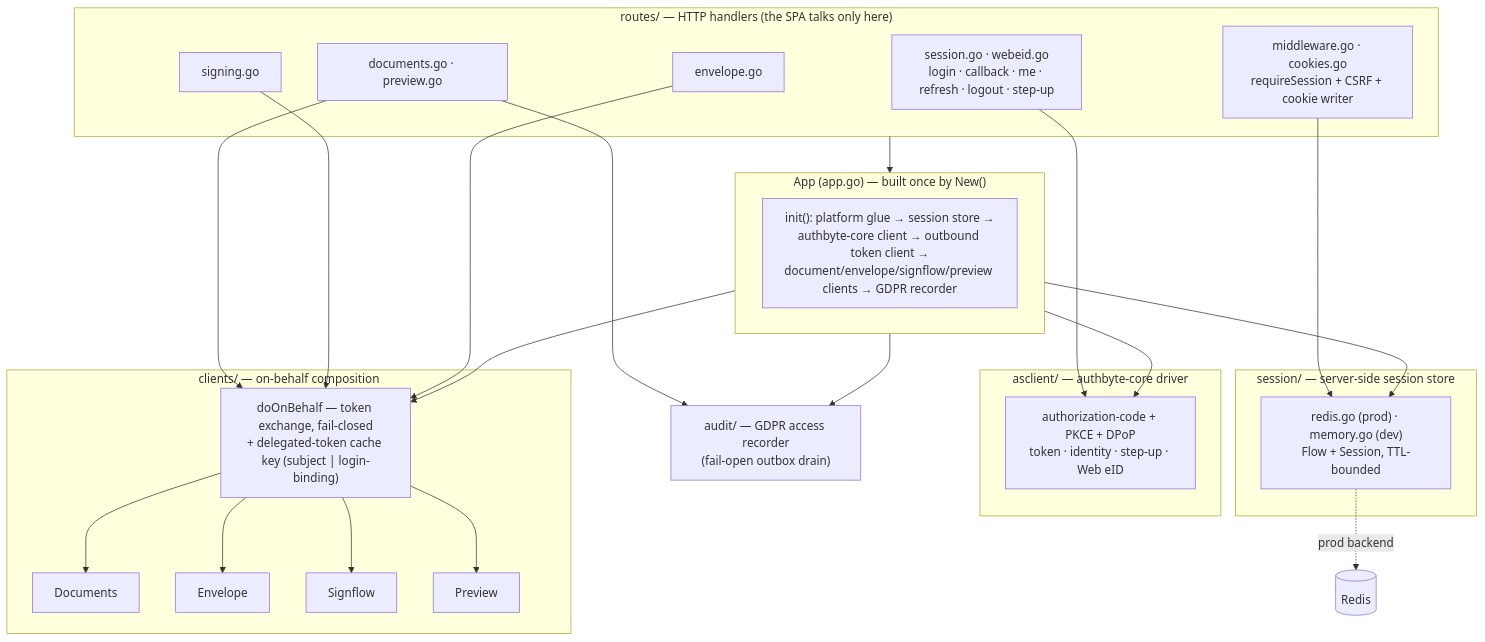
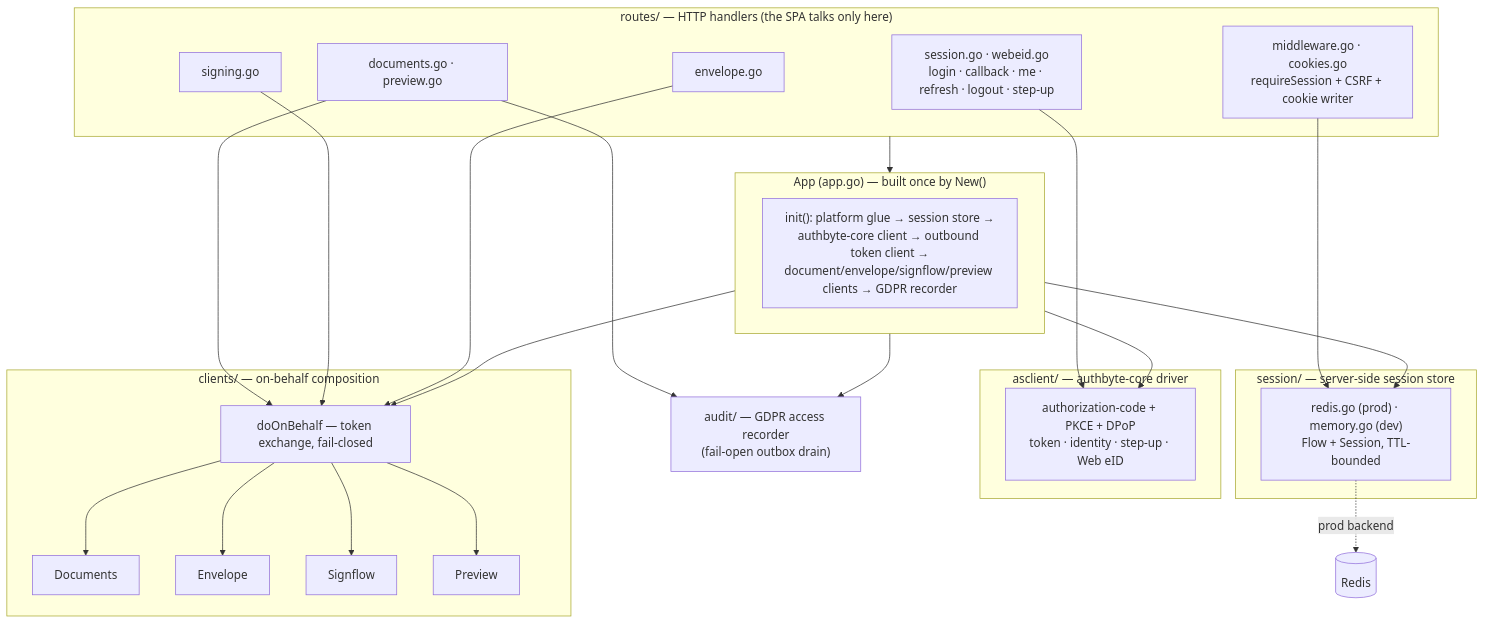
Before and after one commit to signbyte/signbyte-bff: the second of 3 diagrams in README.md, drawn with Mermaid. The commit also changed other lines of this file and 9 other files, not shown here.

Commit message:
Update dependencies and remove the local token cache key

````diff
--- a/README.md
+++ b/README.md
@@ -109,39 +109,39 @@
 ```mermaid
 flowchart TB
     subgraph App["App (app.go) — built once by New()"]
         Init["init(): platform glue → session store →<br/>authbyte-core client → outbound token client →<br/>document/envelope/signflow/preview clients → GDPR recorder"]
     end
 
     subgraph Routes["routes/ — HTTP handlers (the SPA talks only here)"]
         SESS["session.go · webeid.go<br/>login · callback · me · refresh · logout · step-up"]
         DOCS["documents.go · preview.go"]
         SIGN["signing.go"]
         ENVL["envelope.go"]
         MW["middleware.go · cookies.go<br/>requireSession + CSRF + cookie writer"]
     end
 
     subgraph Session["session/ — server-side session store"]
         REDIS["redis.go (prod) · memory.go (dev)<br/>Flow + Session, TTL-bounded"]
     end
 
     subgraph AS["asclient/ — authbyte-core driver"]
         DPOP["authorization-code + PKCE + DPoP<br/>token · identity · step-up · Web eID"]
     end
 
     subgraph Clients["clients/ — on-behalf composition"]
-        OBO["doOnBehalf — token exchange, fail-closed<br/>+ delegated-token cache key (subject | login-binding)"]
+        OBO["doOnBehalf — token exchange, fail-closed"]
         C1["Documents"]; C2["Envelope"]; C3["Signflow"]; C4["Preview"]
     end
 
     AUDIT["audit/ — GDPR access recorder<br/>(fail-open outbox drain)"]
     RDS[(Redis)]
 
     Routes --> App
     MW --> REDIS
     SESS --> DPOP
     DOCS & SIGN & ENVL --> OBO
     OBO --> C1 & C2 & C3 & C4
     DOCS --> AUDIT
     App --> REDIS & DPOP & OBO & AUDIT
     REDIS -. "prod backend" .-> RDS
 ```
````
